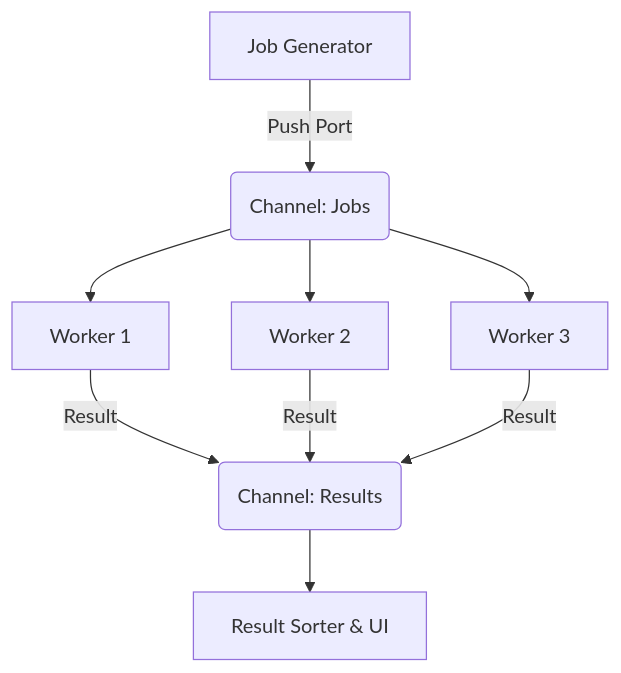
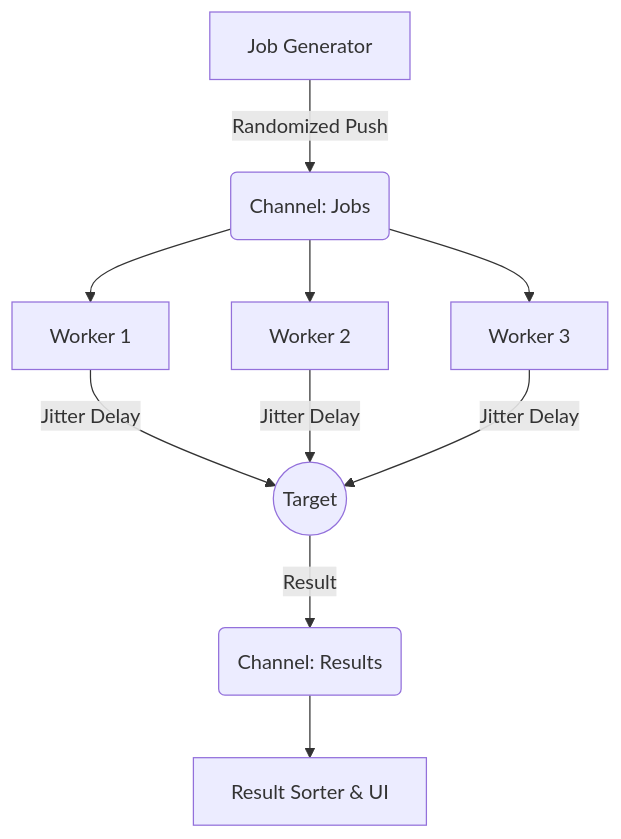
Before and after one commit to StaiLee/Argos: the diagram in README.md, drawn with Mermaid. The commit also changed other lines of this file, not shown here.

````diff
--- a/README.md
+++ b/README.md
@@ -108,11 +114,12 @@
 ```mermaid
 graph TD;
-    Generator[Job Generator] -->|Push Port| Jobs(Channel: Jobs);
+    Generator[Job Generator] -->|Randomized Push| Jobs(Channel: Jobs);
     Jobs --> Worker1[Worker 1];
     Jobs --> Worker2[Worker 2];
     Jobs --> Worker3[Worker 3];
-    Worker1 -->|Result| Results(Channel: Results);
-    Worker2 -->|Result| Results;
-    Worker3 -->|Result| Results;
+    Worker1 -->|Jitter Delay| Network((Target));
+    Worker2 -->|Jitter Delay| Network;
+    Worker3 -->|Jitter Delay| Network;
+    Network -->|Result| Results(Channel: Results);
     Results --> Aggregator[Result Sorter & UI];
 ```
````
